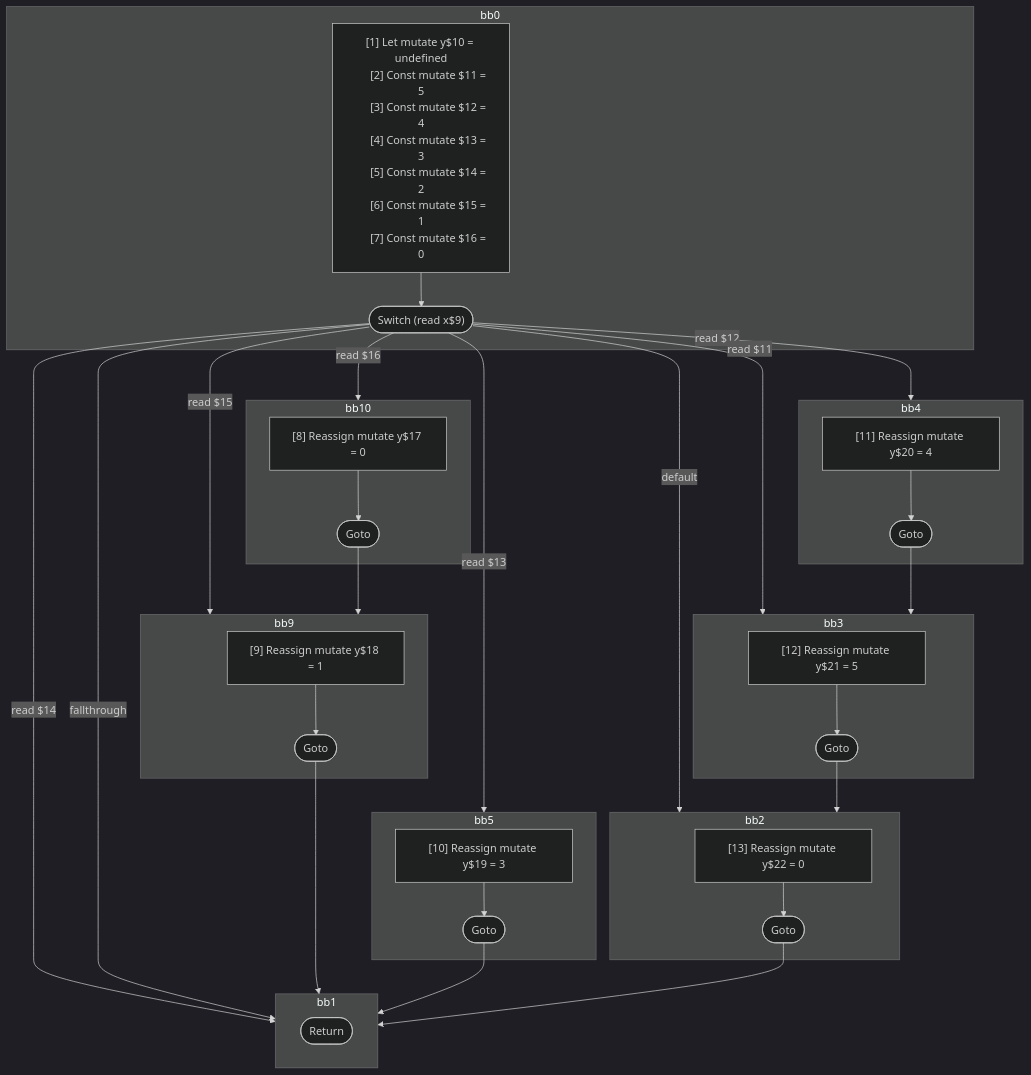
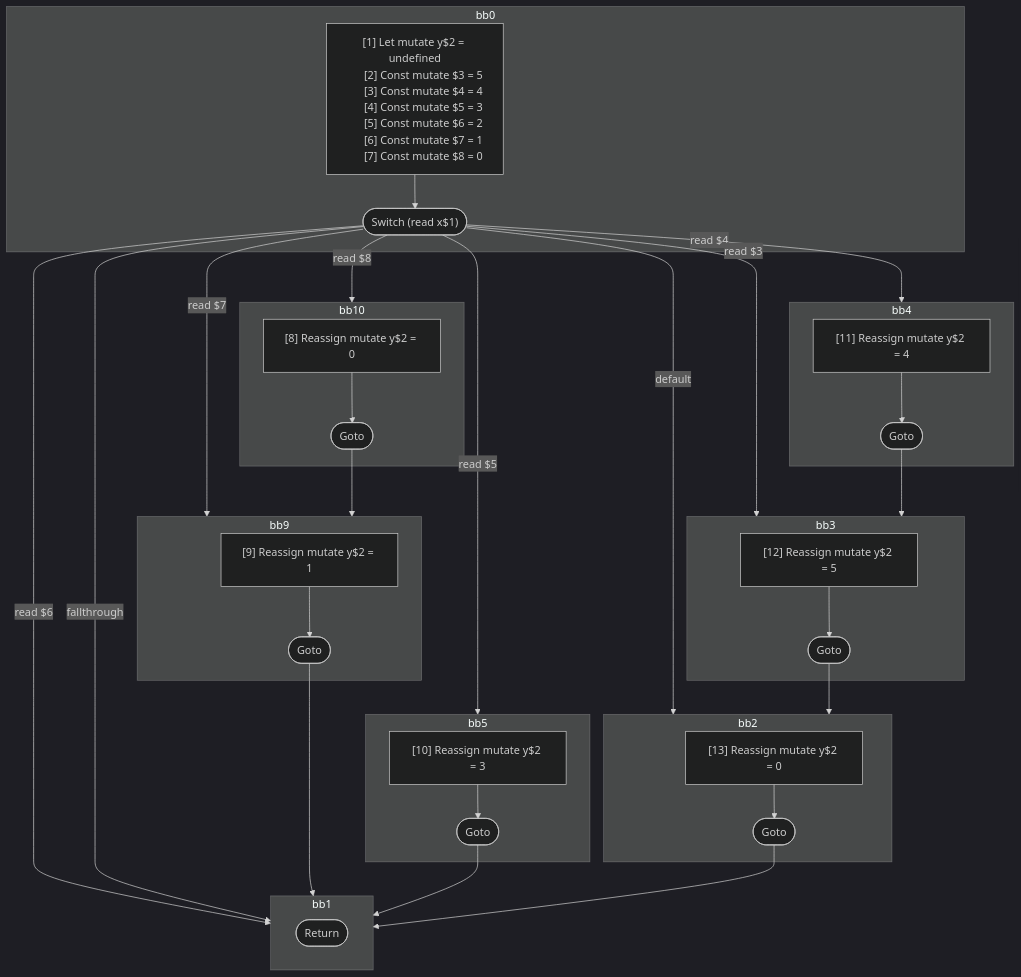
Before and after one commit to wutsmog/private: the diagram in compiler/forget/src/__tests__/fixtures/hir/switch-with-fallthrough.expect.md, drawn with Mermaid (dark theme). The commit also changed other lines of this file and 57 other files, not shown here.

````diff
--- a/compiler/forget/src/__tests__/fixtures/hir/switch-with-fallthrough.expect.md
+++ b/compiler/forget/src/__tests__/fixtures/hir/switch-with-fallthrough.expect.md
@@ -85,72 +85,72 @@
 ```mermaid
 flowchart TB
   %% Basic Blocks
   subgraph bb0
     bb0_instrs["
-      [1] Let mutate y$10 = undefined
-      [2] Const mutate $11 = 5
-      [3] Const mutate $12 = 4
-      [4] Const mutate $13 = 3
-      [5] Const mutate $14 = 2
-      [6] Const mutate $15 = 1
-      [7] Const mutate $16 = 0
+      [1] Let mutate y$2 = undefined
+      [2] Const mutate $3 = 5
+      [3] Const mutate $4 = 4
+      [4] Const mutate $5 = 3
+      [5] Const mutate $6 = 2
+      [6] Const mutate $7 = 1
+      [7] Const mutate $8 = 0
     "]
-    bb0_instrs --> bb0_terminal(["Switch (read x$9)"])
+    bb0_instrs --> bb0_terminal(["Switch (read x$1)"])
   end
   subgraph bb10
     bb10_instrs["
-      [8] Reassign mutate y$17 = 0
+      [8] Reassign mutate y$2 = 0
     "]
     bb10_instrs --> bb10_terminal(["Goto"])
   end
   subgraph bb9
     bb9_instrs["
-      [9] Reassign mutate y$18 = 1
+      [9] Reassign mutate y$2 = 1
     "]
     bb9_instrs --> bb9_terminal(["Goto"])
   end
   subgraph bb5
     bb5_instrs["
-      [10] Reassign mutate y$19 = 3
+      [10] Reassign mutate y$2 = 3
     "]
     bb5_instrs --> bb5_terminal(["Goto"])
   end
   subgraph bb4
     bb4_instrs["
-      [11] Reassign mutate y$20 = 4
+      [11] Reassign mutate y$2 = 4
     "]
     bb4_instrs --> bb4_terminal(["Goto"])
   end
   subgraph bb3
     bb3_instrs["
-      [12] Reassign mutate y$21 = 5
+      [12] Reassign mutate y$2 = 5
     "]
     bb3_instrs --> bb3_terminal(["Goto"])
   end
   subgraph bb2
     bb2_instrs["
-      [13] Reassign mutate y$22 = 0
+      [13] Reassign mutate y$2 = 0
     "]
     bb2_instrs --> bb2_terminal(["Goto"])
   end
   subgraph bb1
     bb1_terminal(["Return"])
   end
 
   %% Jumps
-  bb0_terminal -- read $16 --> bb10
-  bb0_terminal -- read $15 --> bb9
-  bb0_terminal -- read $14 --> bb1
-  bb0_terminal -- read $13 --> bb5
-  bb0_terminal -- read $12 --> bb4
-  bb0_terminal -- read $11 --> bb3
+  bb0_terminal -- read $8 --> bb10
+  bb0_terminal -- read $7 --> bb9
+  bb0_terminal -- read $6 --> bb1
+  bb0_terminal -- read $5 --> bb5
+  bb0_terminal -- read $4 --> bb4
+  bb0_terminal -- read $3 --> bb3
   bb0_terminal -- default --> bb2
   bb0_terminal -- fallthrough --> bb1
   bb10_terminal --> bb9
   bb9_terminal --> bb1
   bb5_terminal --> bb1
   bb4_terminal --> bb3
   bb3_terminal --> bb2
   bb2_terminal --> bb1
 
 ```
````
